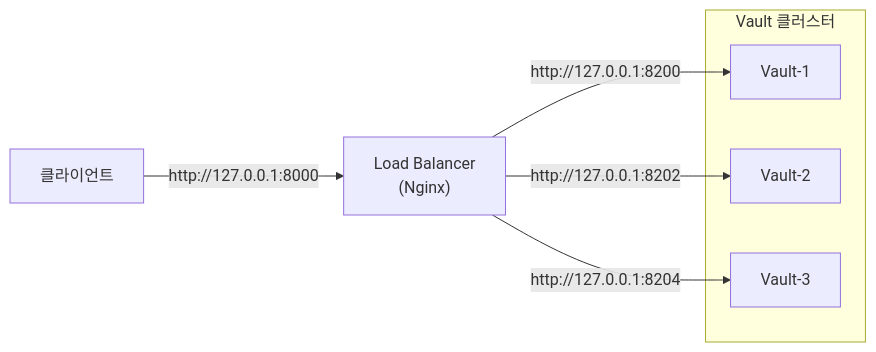
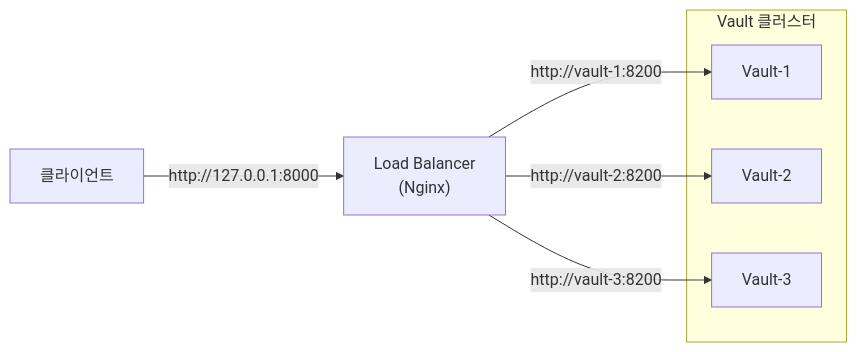
Before and after one commit to sanghoon-lee/sanghoon-lee.github.io: the second of 2 diagrams in _posts/2026-07-04-vault-ha4.md, drawn with Mermaid. The commit also changed other lines of this file and 1 other file, not shown here.

Commit message:
Vault 이중화 4번째 포스팅 작성중

````diff
--- a/_posts/2026-07-04-vault-ha4.md
+++ b/_posts/2026-07-04-vault-ha4.md
@@ -42,17 +42,17 @@
 ```mermaid
 flowchart LR
     Client["클라이언트"]
     LB["Load Balancer<br>(Nginx)"]
 
     subgraph Vault 클러스터
         V1["Vault-1"]
         V2["Vault-2"]
         V3["Vault-3"]
     end
 
     Client--> | http://127.0.0.1:8000 | LB
-    LB -->| http://127.0.0.1:8200 | V1
-    LB -->| http://127.0.0.1:8202 | V2
-    LB -->| http://127.0.0.1:8204 | V3
+    LB -->| http://vault-1:8200 | V1
+    LB -->| http://vault-2:8200 | V2
+    LB -->| http://vault-3:8200 | V3
 
 ```
````
